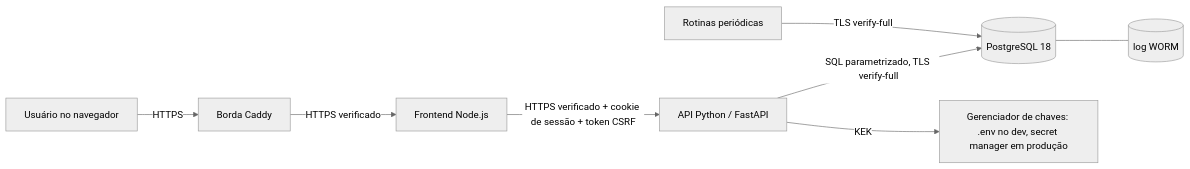
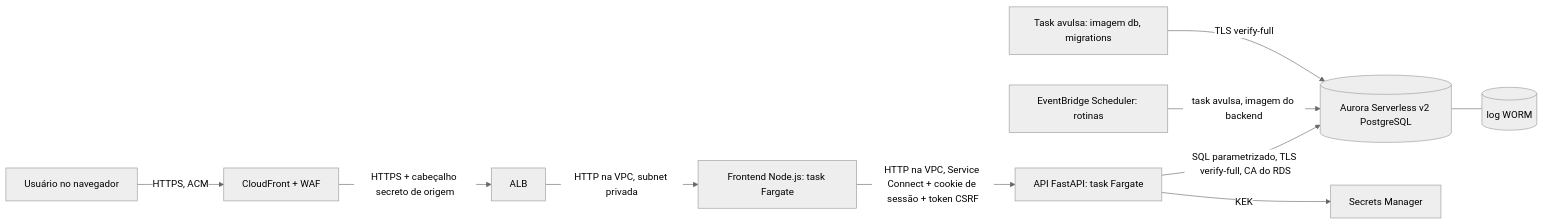
The first of 2 diagrams in docs/ARCHITECTURE.md (msrscs/p4_cybersec_saude), drawn with Mermaid (neutral theme) before and after one commit. The commit also changed other lines of this file and 2 other files, not shown here.

````diff
--- a/docs/ARCHITECTURE.md
+++ b/docs/ARCHITECTURE.md
@@ -10,10 +12,12 @@
 ```mermaid
 flowchart LR
-    U[Usuário no navegador] -->|HTTPS| E[Borda Caddy]
-    E -->|HTTPS verificado| F[Frontend Node.js]
-    F -->|HTTPS verificado + cookie de sessão + token CSRF| B[API Python / FastAPI]
-    B -->|SQL parametrizado, TLS verify-full| D[(PostgreSQL 18)]
-    B -->|KEK| K[Gerenciador de chaves: .env no dev, secret manager em produção]
-    T[Rotinas periódicas] -->|TLS verify-full| D
+    U[Usuário no navegador] -->|HTTPS, ACM| CF[CloudFront + WAF]
+    CF -->|HTTPS + cabeçalho secreto de origem| ALB[ALB]
+    ALB -->|HTTP na VPC, subnet privada| F[Frontend Node.js: task Fargate]
+    F -->|HTTP na VPC, Service Connect + cookie de sessão + token CSRF| B[API FastAPI: task Fargate]
+    B -->|SQL parametrizado, TLS verify-full, CA do RDS| D[(Aurora Serverless v2 PostgreSQL)]
+    B -->|KEK| K[Secrets Manager]
+    S[EventBridge Scheduler: rotinas] -->|task avulsa, imagem do backend| D
+    M[Task avulsa: imagem db, migrations] -->|TLS verify-full| D
     D --- A[(log WORM)]
 ```
````
